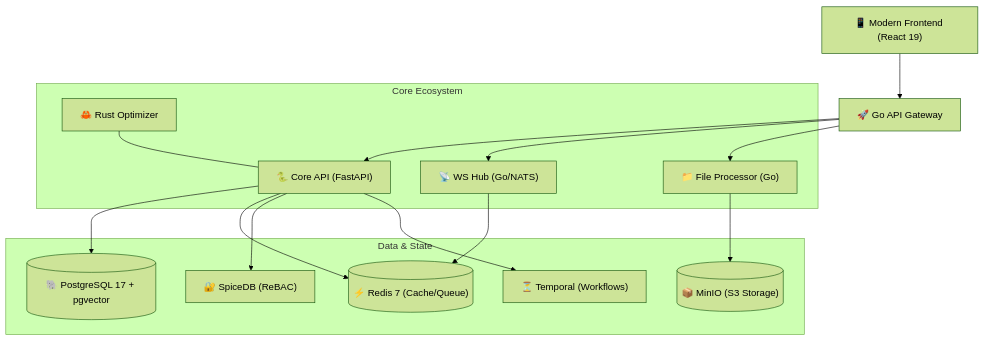
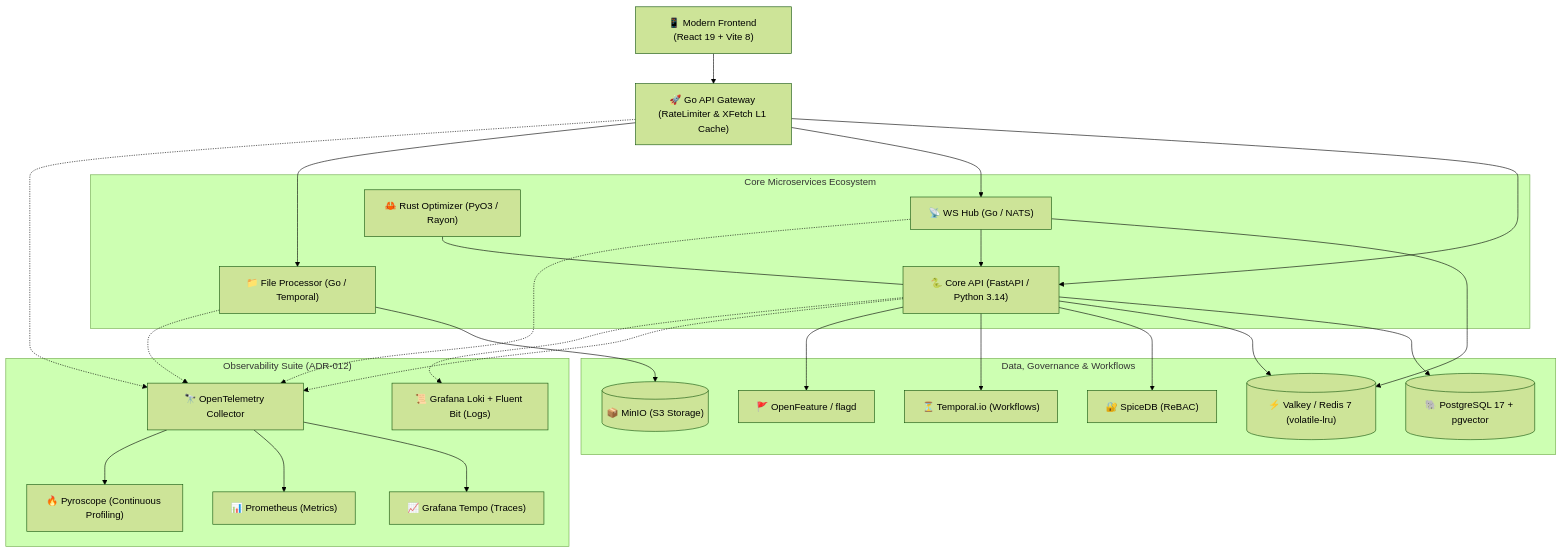
The first of 3 diagrams in README.md (egorribun/university_ecosystem), drawn with Mermaid (forest theme) before and after one commit. The commit also changed other lines of this file and 1024 other files, not shown here.

````diff
--- a/README.md
+++ b/README.md
@@ -63,34 +85,55 @@
 ```mermaid
 graph TD
-    Client["📱 Modern Frontend (React 19)"]
-    Gateway["🚀 Go API Gateway"]
+    Client["📱 Modern Frontend (React 19 + Vite 8)"]
+    Gateway["🚀 Go API Gateway (RateLimiter & XFetch L1 Cache)"]
 
-    subgraph "Core Ecosystem"
-        Backend["🐍 Core API (FastAPI)"]
-        WSHub["📡 WS Hub (Go/NATS)"]
-        FileProc["📁 File Processor (Go)"]
-        Optimizer["🦀 Rust Optimizer"]
+    subgraph "Core Microservices Ecosystem"
+        Backend["🐍 Core API (FastAPI / Python 3.14)"]
+        WSHub["📡 WS Hub (Go / NATS)"]
+        FileProc["📁 File Processor (Go / Temporal)"]
+        Optimizer["🦀 Rust Optimizer (PyO3 / Rayon)"]
     end
 
-    subgraph "Data & State"
+    subgraph "Data, Governance & Workflows"
         Postgres[("🐘 PostgreSQL 17 + pgvector")]
-        Redis[("⚡ Redis 7 (Cache/Queue)")]
+        Valkey[("⚡ Valkey / Redis 7 (volatile-lru)")]
         MinIO[("📦 MinIO (S3 Storage)")]
-        Temporal["⏳ Temporal (Workflows)"]
+        Temporal["⏳ Temporal.io (Workflows)"]
         SpiceDB["🔐 SpiceDB (ReBAC)"]
+        Flagd["🚩 OpenFeature / flagd"]
+    end
+
+    subgraph "Observability Suite (ADR-012)"
+        OTEL["🔭 OpenTelemetry Collector"]
+        Tempo["📈 Grafana Tempo (Traces)"]
+        Prometheus["📊 Prometheus (Metrics)"]
+        Pyroscope["🔥 Pyroscope (Continuous Profiling)"]
+        Loki["📜 Grafana Loki + Fluent Bit (Logs)"]
     end
 
     Client --> Gateway
     Gateway --> Backend
     Gateway --> WSHub
     Gateway --> FileProc
 
     Backend --> Postgres
-    Backend --> Redis
+    Backend --> Valkey
     Backend --> SpiceDB
     Backend --> Temporal
+    Backend --> Flagd
 
-    WSHub --> Redis
+    WSHub --> Valkey
+    WSHub --> Backend
     FileProc --> MinIO
     Optimizer --- Backend
+
+    Backend -.-> OTEL
+    Gateway -.-> OTEL
+    WSHub -.-> OTEL
+    FileProc -.-> OTEL
+
+    OTEL --> Tempo
+    OTEL --> Prometheus
+    OTEL --> Pyroscope
+    Backend -.-> Loki
 ```
````
